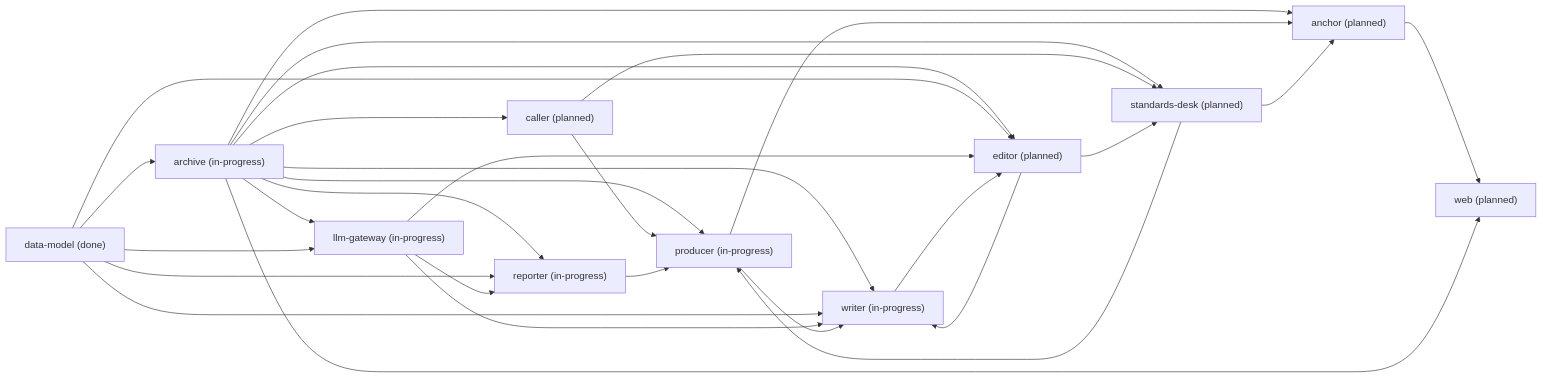
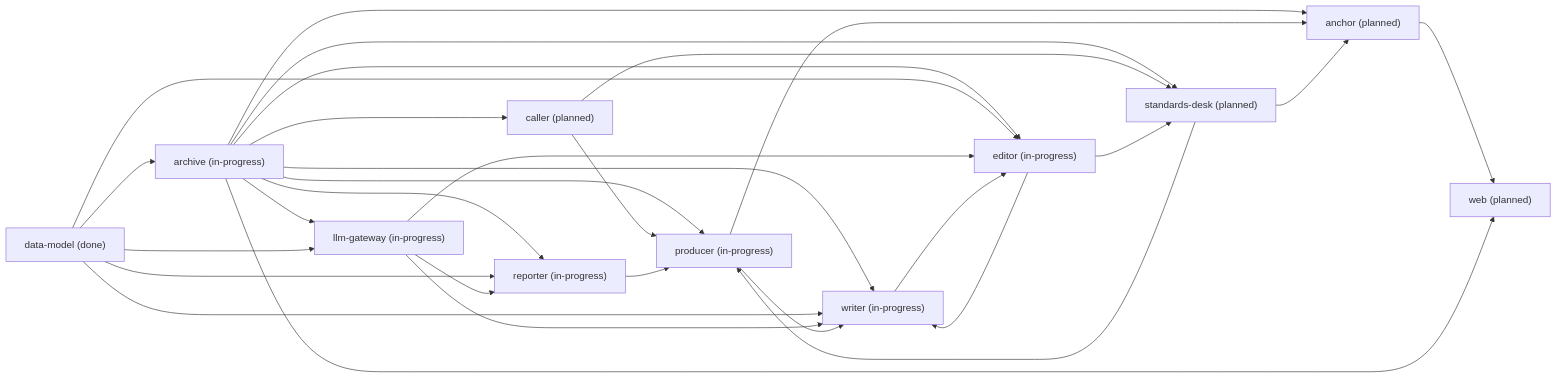
The diagram in context/GRAPH.md (Yadnu/newsroom), drawn with Mermaid before and after one commit. The commit also changed other lines of this file and 11 other files, not shown here.

````diff
--- a/context/GRAPH.md
+++ b/context/GRAPH.md
@@ -30,42 +30,42 @@
 ```mermaid
 flowchart LR
   anchor["anchor (planned)"]
   archive["archive (in-progress)"]
   caller["caller (planned)"]
   data_model["data-model (done)"]
-  editor["editor (planned)"]
+  editor["editor (in-progress)"]
   llm_gateway["llm-gateway (in-progress)"]
   producer["producer (in-progress)"]
   reporter["reporter (in-progress)"]
   standards_desk["standards-desk (planned)"]
   web["web (planned)"]
   writer["writer (in-progress)"]
   anchor --> web
   archive --> anchor
   archive --> caller
   archive --> editor
   archive --> llm_gateway
   archive --> producer
   archive --> reporter
   archive --> standards_desk
   archive --> web
   archive --> writer
   caller --> producer
   caller --> standards_desk
   data_model --> archive
   data_model --> editor
   data_model --> llm_gateway
   data_model --> reporter
   data_model --> writer
   editor --> standards_desk
   editor --> writer
   llm_gateway --> editor
   llm_gateway --> reporter
   llm_gateway --> writer
   producer --> anchor
   producer --> writer
   reporter --> producer
   standards_desk --> anchor
   standards_desk --> producer
   writer --> editor
 ```
````
